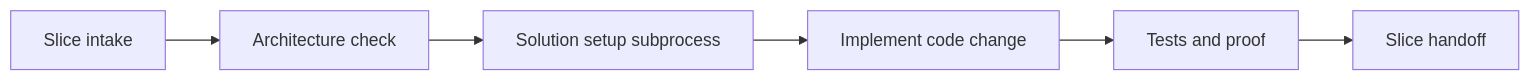
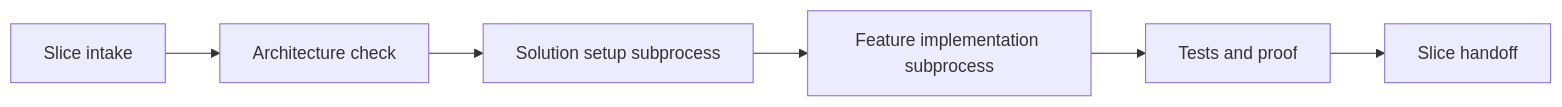
One commit to fyziktom/CanDoItAll changed the diagram in Templates/Processes/processes/dotnet-development-slice/mermaid/flowchart.mmd. Above: the diagram before and after it, drawn with Mermaid. The commit also changed 74 other files, not shown here.

```diff
--- a/Templates/Processes/processes/dotnet-development-slice/mermaid/flowchart.mmd
+++ b/Templates/Processes/processes/dotnet-development-slice/mermaid/flowchart.mmd
@@ -1,6 +1,6 @@
 flowchart LR
     A[Slice intake] --> B[Architecture check]
     B --> C[Solution setup subprocess]
-    C --> D[Implement code change]
+    C --> D[Feature implementation subprocess]
     D --> E[Tests and proof]
     E --> F[Slice handoff]
```
